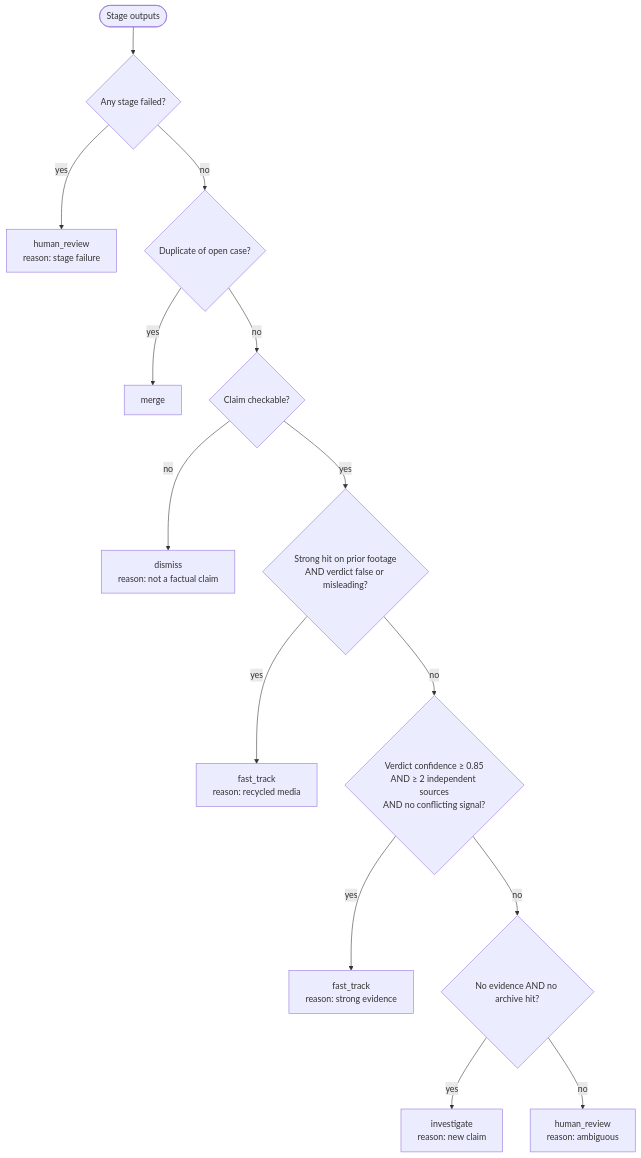
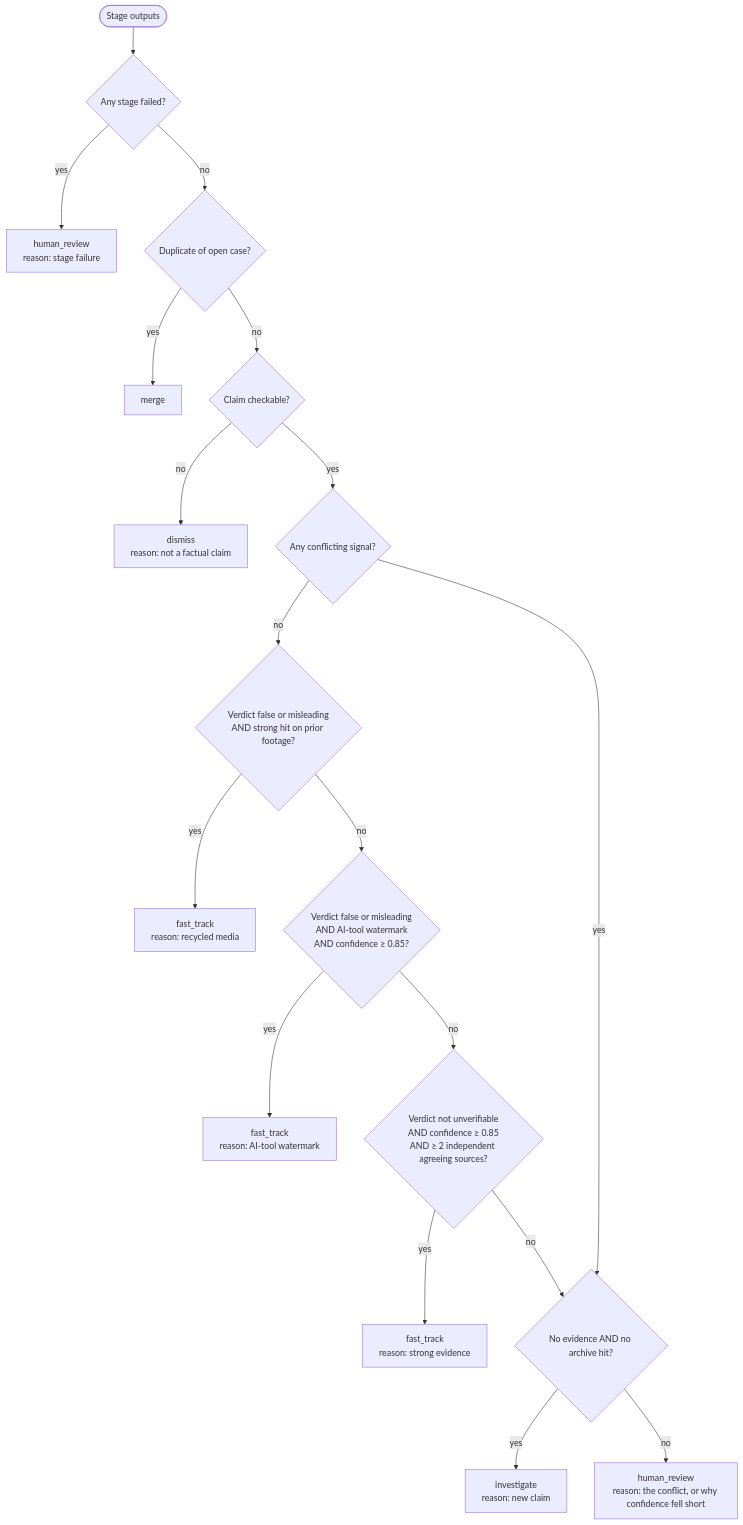
One commit to masabinhok/hamsa changed the third of 5 diagrams in docs/architecture.md. Above: the diagram before and after it, drawn with Mermaid. The commit also changed other lines of this file, not shown here.

Commit message:
docs(architecture): align router rules and verdict citations with the code

````diff
--- a/docs/architecture.md
+++ b/docs/architecture.md
@@ -149,16 +149,20 @@
 ```mermaid
 flowchart TD
     start([Stage outputs]) --> f{Any stage failed?}
     f -->|yes| hr1[human_review<br/>reason: stage failure]
     f -->|no| d{Duplicate of open case?}
     d -->|yes| merge[merge]
     d -->|no| c{Claim checkable?}
     c -->|no| close[dismiss<br/>reason: not a factual claim]
-    c -->|yes| r{Strong hit on prior footage<br/>AND verdict false or misleading?}
+    c -->|yes| x{Any conflicting signal?}
+    x -->|no| r{Verdict false or misleading<br/>AND strong hit on prior footage?}
     r -->|yes| ft1[fast_track<br/>reason: recycled media]
-    r -->|no| e{Verdict confidence ≥ 0.85<br/>AND ≥ 2 independent sources<br/>AND no conflicting signal?}
-    e -->|yes| ft2[fast_track<br/>reason: strong evidence]
-    e -->|no| n{No evidence AND no archive hit?}
+    r -->|no| w{Verdict false or misleading<br/>AND AI-tool watermark<br/>AND confidence ≥ 0.85?}
+    w -->|yes| ft2[fast_track<br/>reason: AI-tool watermark]
+    w -->|no| e{Verdict not unverifiable<br/>AND confidence ≥ 0.85<br/>AND ≥ 2 independent agreeing sources?}
+    e -->|yes| ft3[fast_track<br/>reason: strong evidence]
+    e -->|no| n
+    x -->|yes| n{No evidence AND no archive hit?}
     n -->|yes| inv[investigate<br/>reason: new claim]
-    n -->|no| hr2[human_review<br/>reason: ambiguous]
+    n -->|no| hr2[human_review<br/>reason: the conflict, or why confidence fell short]
 ```
````
